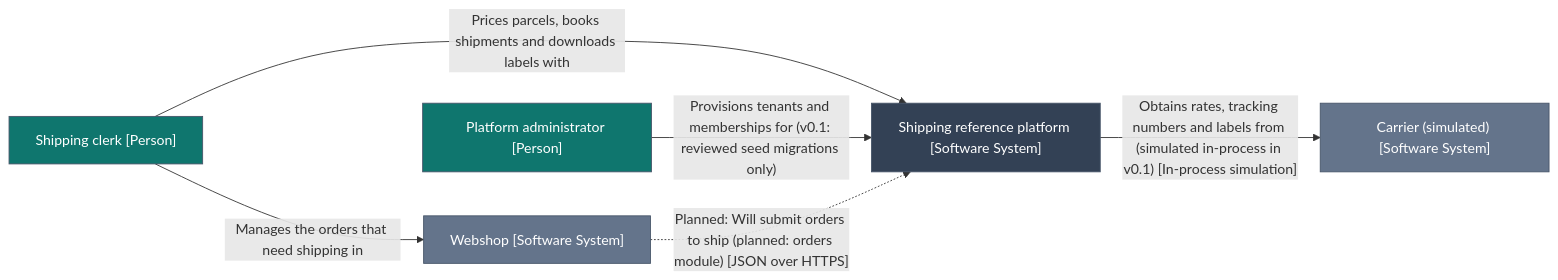
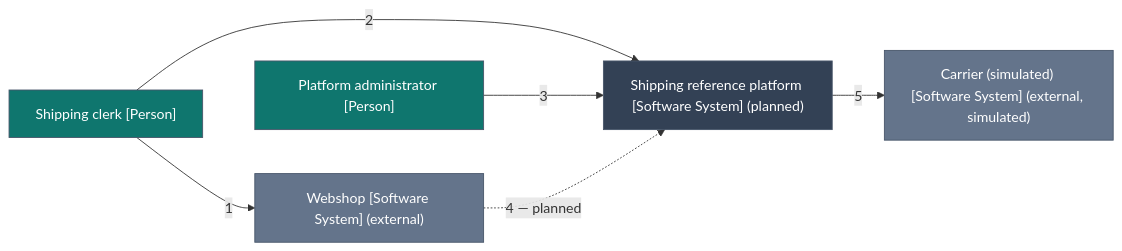
Before and after one commit to Stig-Johnny/shipping-reference-platform: the diagram in docs/architecture/system-context.mmd, drawn with Mermaid. The commit also changed 24 other files, not shown here.

First line of the commit message:
feat(docs): readable diagrams, and model text that specifies instead of claiming (#8)

```diff
--- a/docs/architecture/system-context.mmd
+++ b/docs/architecture/system-context.mmd
@@ -1,19 +1,19 @@
 %% Generated—do not hand-edit. Source: architecture/workspace.dsl, view SystemContext.
 flowchart LR
     accTitle: System context
     accDescr: System context view with 5 elements and 5 relationships. The tables on the page list every one of them.
     1["Shipping clerk [Person]"]
     style 1 fill:#0f766e,stroke:#475569,color:#ffffff
     2["Platform administrator [Person]"]
     style 2 fill:#0f766e,stroke:#475569,color:#ffffff
-    3["Webshop [Software System]"]
+    3["Webshop [Software System] (external)"]
     style 3 fill:#64748b,stroke:#475569,color:#ffffff
-    4["Carrier (simulated) [Software System]"]
+    4["Carrier (simulated) [Software System] (external, simulated)"]
     style 4 fill:#64748b,stroke:#475569,color:#ffffff
-    5["Shipping reference platform [Software System]"]
+    5["Shipping reference platform [Software System] (planned)"]
     style 5 fill:#334155,stroke:#475569,color:#ffffff
-    1 -->|"Manages the orders that need shipping in"| 3
-    1 -->|"Prices parcels, books shipments and downloads labels with"| 5
-    2 -->|"Provisions tenants and memberships for (v0.1: reviewed seed migrations only)"| 5
-    3 -.->|"Planned: Will submit orders to ship (planned: orders module) [JSON over HTTPS]"| 5
-    5 -->|"Obtains rates, tracking numbers and labels from (simulated in-process in v0.1) [In-process simulation]"| 4
+    1 -->|"1"| 3
+    1 -->|"2"| 5
+    2 -->|"3"| 5
+    3 -.->|"4 — planned"| 5
+    5 -->|"5"| 4
```
